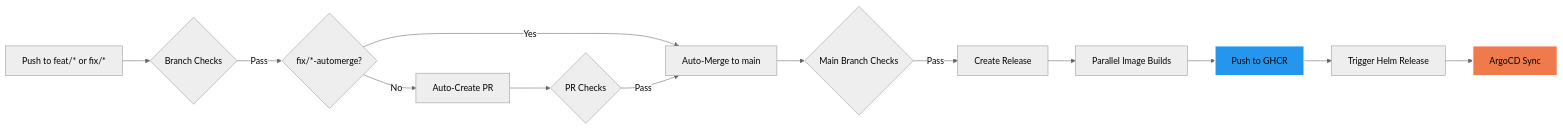
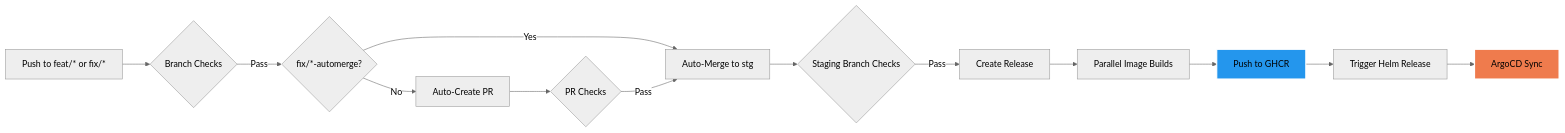
The second of 2 diagrams in README.md (datascientest-fastAPI-project-group-25/fastAPI-project-app), drawn with Mermaid (neutral theme) before and after one commit. The commit also changed other lines of this file, not shown here.

````diff
--- a/README.md
+++ b/README.md
@@ -348,17 +349,17 @@
 ```mermaid
 graph LR
     A[Push to feat/* or fix/*] --> B{Branch Checks}
     B -->|Pass| C{fix/*-automerge?}
     C -->|No| D[Auto-Create PR]
-    C -->|Yes| E[Auto-Merge to main]
+    C -->|Yes| E[Auto-Merge to stg]
     D --> F{PR Checks}
     F -->|Pass| E
-    E --> G{Main Branch Checks}
+    E --> G{Staging Branch Checks}
     G -->|Pass| H[Create Release]
     H --> I[Parallel Image Builds]
     I --> J[Push to GHCR]
     J --> K[Trigger Helm Release]
     K --> L[ArgoCD Sync]
     style J fill:#2496ED,stroke:#fff,stroke-width:2px
     style L fill:#EF7B4D,stroke:#fff,stroke-width:2px
 ```
````
